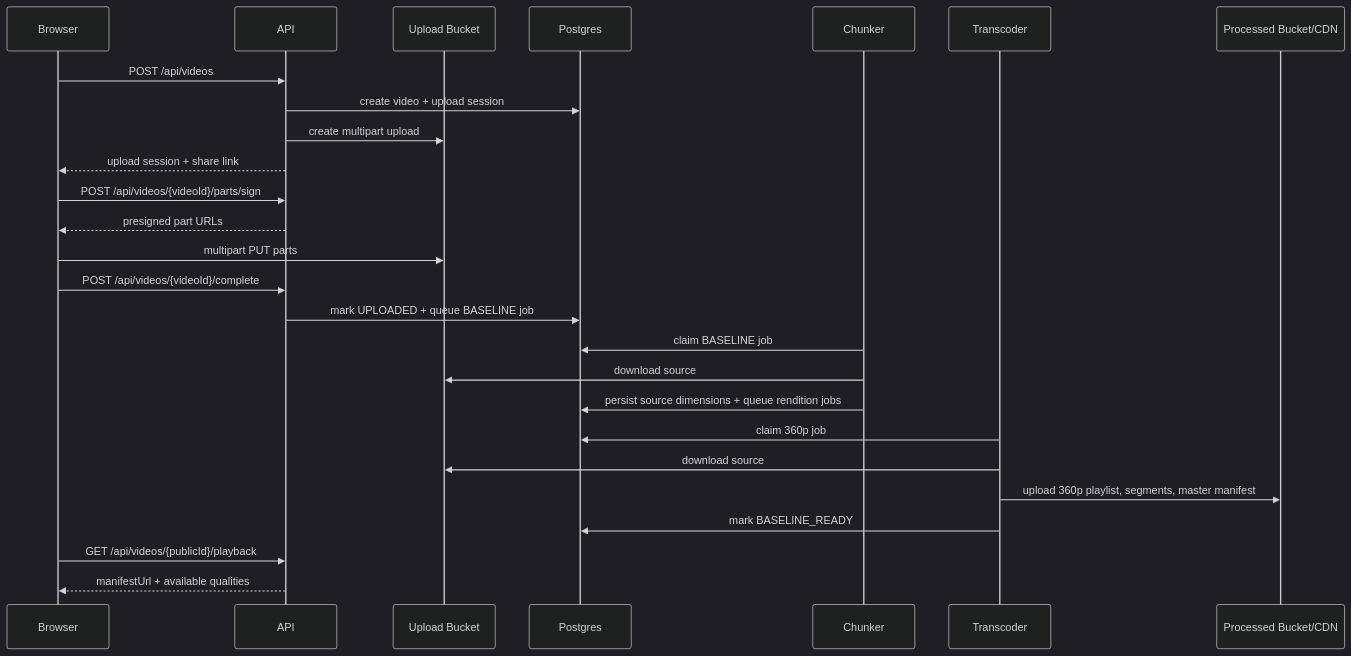
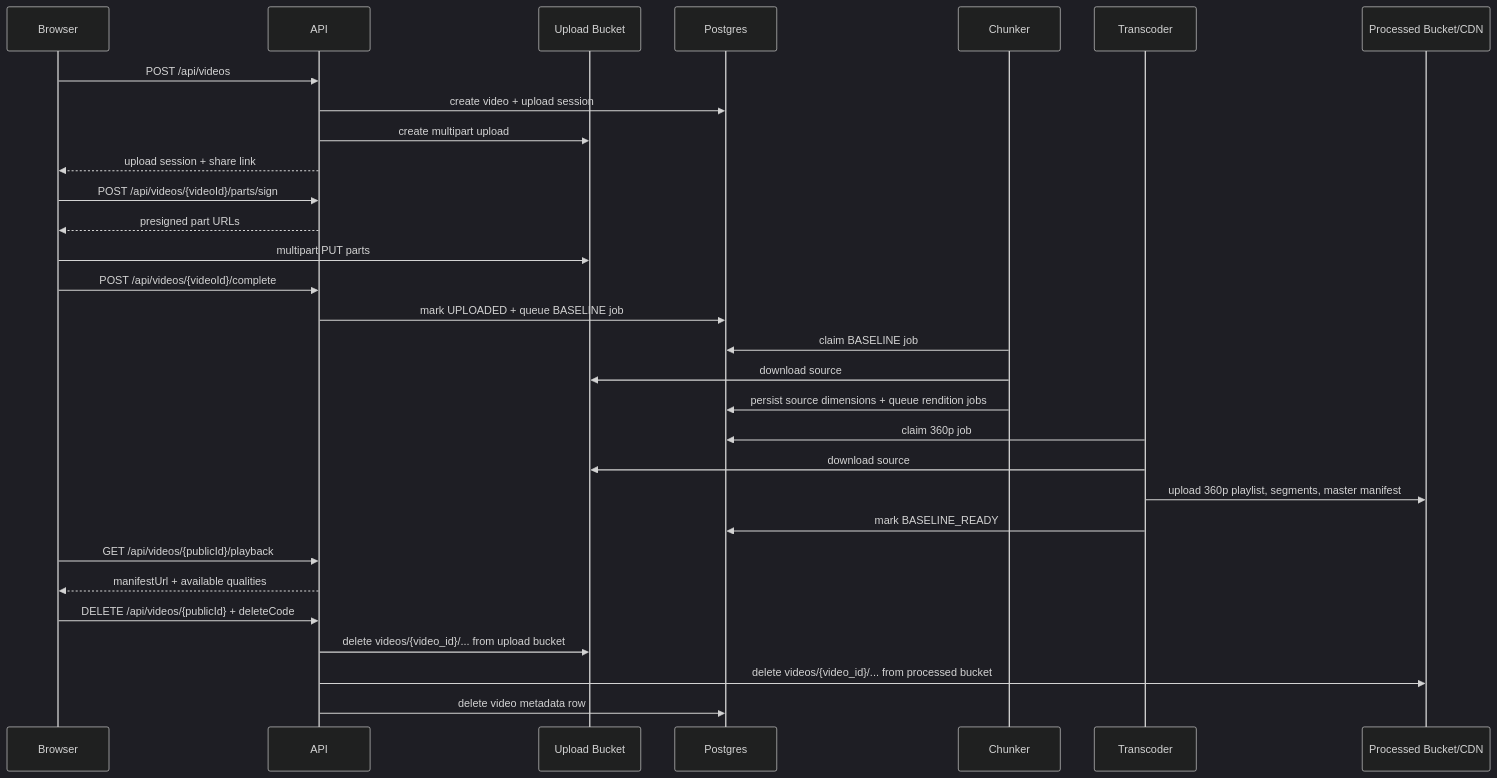
Before and after one commit to rafal01010/vid-archi: the second of 2 diagrams in docs/architecture.md, drawn with Mermaid (dark theme). The commit also changed other lines of this file and 27 other files, not shown here.

````diff
--- a/docs/architecture.md
+++ b/docs/architecture.md
@@ -38,29 +43,33 @@
 ```mermaid
 sequenceDiagram
     participant U as Browser
     participant A as API
     participant S as Upload Bucket
     participant D as Postgres
     participant C as Chunker
     participant T as Transcoder
     participant P as Processed Bucket/CDN
 
     U->>A: POST /api/videos
     A->>D: create video + upload session
     A->>S: create multipart upload
     A-->>U: upload session + share link
     U->>A: POST /api/videos/{videoId}/parts/sign
     A-->>U: presigned part URLs
     U->>S: multipart PUT parts
     U->>A: POST /api/videos/{videoId}/complete
     A->>D: mark UPLOADED + queue BASELINE job
     C->>D: claim BASELINE job
     C->>S: download source
     C->>D: persist source dimensions + queue rendition jobs
     T->>D: claim 360p job
     T->>S: download source
     T->>P: upload 360p playlist, segments, master manifest
     T->>D: mark BASELINE_READY
     U->>A: GET /api/videos/{publicId}/playback
     A-->>U: manifestUrl + available qualities
+    U->>A: DELETE /api/videos/{publicId} + deleteCode
+    A->>S: delete videos/{video_id}/... from upload bucket
+    A->>P: delete videos/{video_id}/... from processed bucket
+    A->>D: delete video metadata row
 ```
````
